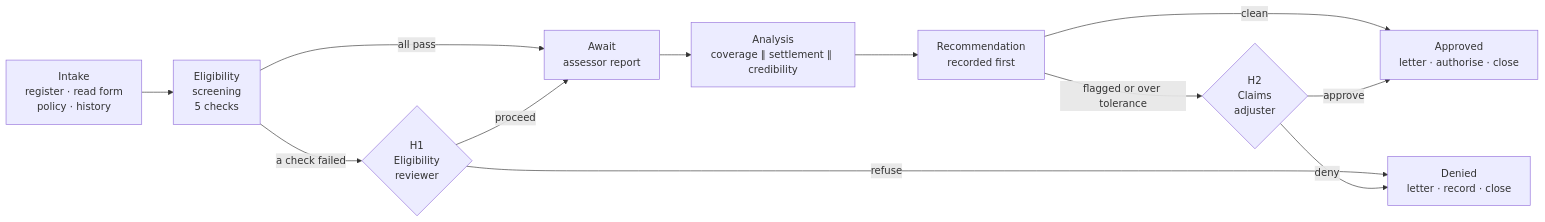
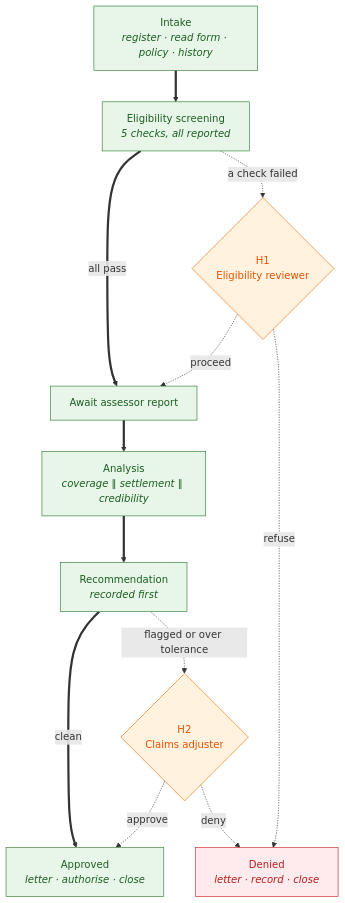
One commit to uipath-practice/ClaimCaseWorkshop changed the diagram in docs/plan/1-the-property-claims-case.md. Above: the diagram before and after it, drawn with Mermaid. The commit also changed other lines of this file, not shown here.

Commit message:
Claim-journey diagram: vertical spine, exceptions as dashed branches
Happy path runs top-down as the thick central spine (green stages);
the two human gates and Denied hang off it dashed (amber/red).

````diff
--- a/docs/plan/1-the-property-claims-case.md
+++ b/docs/plan/1-the-property-claims-case.md
@@ -23,14 +28,32 @@
 ```mermaid
-flowchart LR
-  I["Intake<br/>register · read form<br/>policy · history"] --> E["Eligibility<br/>screening<br/>5 checks"]
-  E -->|a check failed| H1{"H1<br/>Eligibility<br/>reviewer"}
-  E -->|all pass| W
-  H1 -->|proceed| W["Await<br/>assessor report"]
-  H1 -->|refuse| DN
-  W --> A["Analysis<br/>coverage ∥ settlement ∥ credibility"]
-  A --> R["Recommendation<br/>recorded first"]
-  R -->|flagged or over tolerance| H2{"H2<br/>Claims<br/>adjuster"}
-  R -->|clean| AP["Approved<br/>letter · authorise · close"]
-  H2 -->|approve| AP
-  H2 -->|deny| DN["Denied<br/>letter · record · close"]
+flowchart TD
+  I["Intake<br/><i>register · read form · policy · history</i>"]
+  E["Eligibility screening<br/><i>5 checks, all reported</i>"]
+  W["Await assessor report"]
+  A["Analysis<br/><i>coverage ∥ settlement ∥ credibility</i>"]
+  R["Recommendation<br/><i>recorded first</i>"]
+  AP["Approved<br/><i>letter · authorise · close</i>"]
+  H1{"H1<br/>Eligibility reviewer"}
+  H2{"H2<br/>Claims adjuster"}
+  DN["Denied<br/><i>letter · record · close</i>"]
+
+  I ==> E
+  E ==>|all pass| W
+  W ==> A
+  A ==> R
+  R ==>|clean| AP
+
+  E -.->|a check failed| H1
+  H1 -.->|proceed| W
+  H1 -.->|refuse| DN
+  R -.->|flagged or over tolerance| H2
+  H2 -.->|approve| AP
+  H2 -.->|deny| DN
+
+  classDef stage fill:#e8f5e9,stroke:#2e7d32,color:#1b5e20;
+  classDef gate fill:#fff3e0,stroke:#ef6c00,color:#e65100;
+  classDef bad fill:#ffebee,stroke:#c62828,color:#b71c1c;
+  class I,E,W,A,R,AP stage;
+  class H1,H2 gate;
+  class DN bad;
 ```
````
